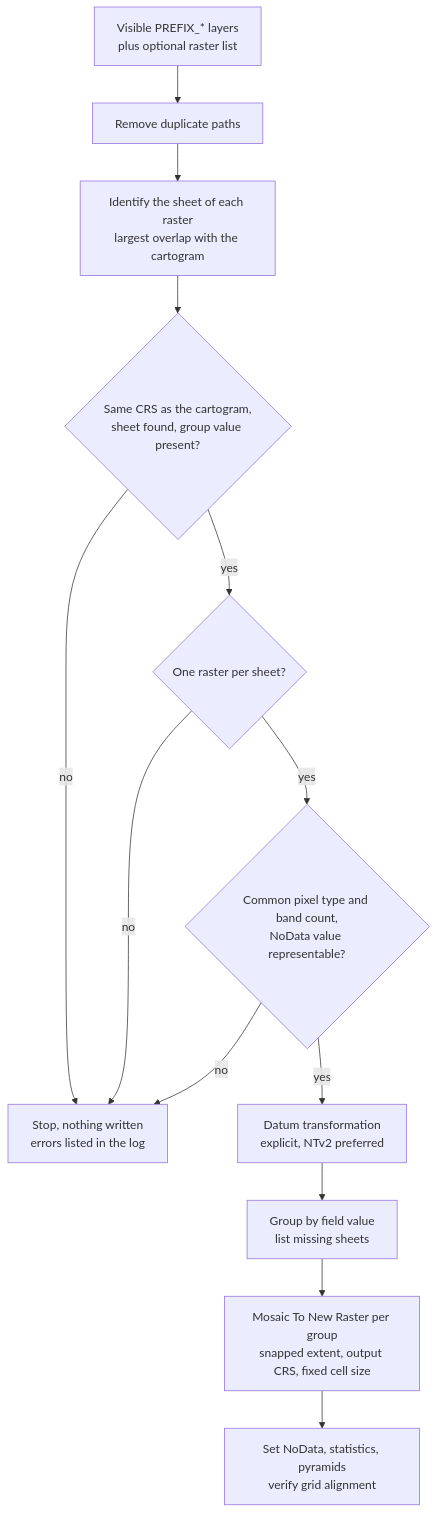
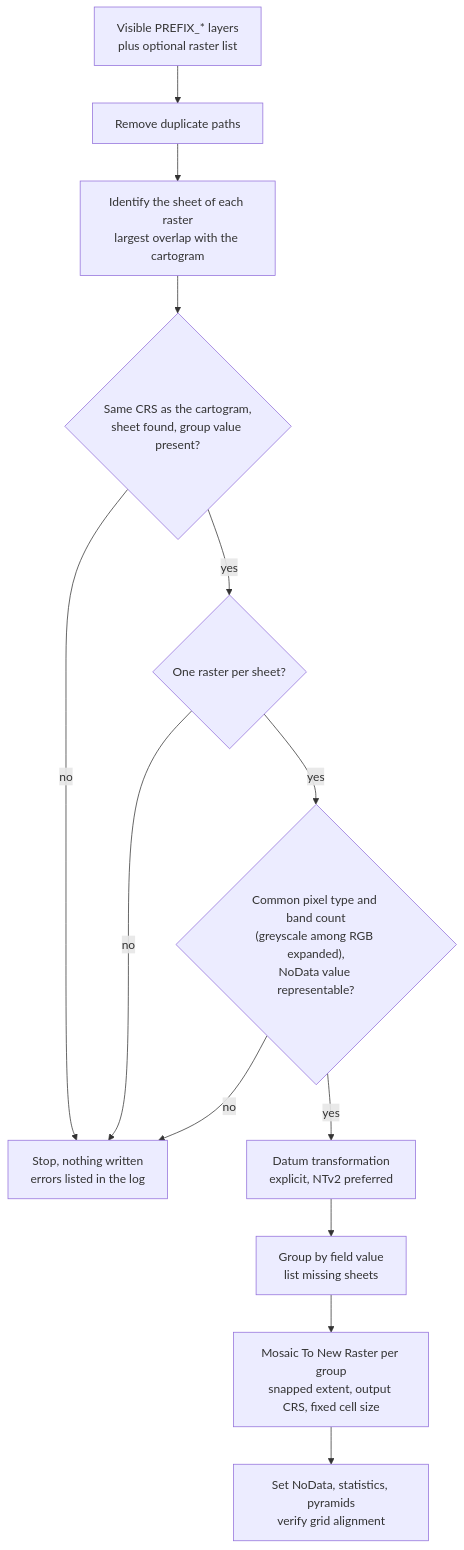
Before and after one commit to PedroMMGoncalves/mapsheet-mosaic-arcgis-tools: the second of 2 diagrams in README.md, drawn with Mermaid. The commit also changed other lines of this file and 4 other files, not shown here.

First line of the commit message:
Tool 2: expand single-band greyscale inputs among RGB inputs

````diff
--- a/README.md
+++ b/README.md
@@ -92,15 +92,15 @@
 ```mermaid
 flowchart TD
     IN["Visible PREFIX_* layers<br/>plus optional raster list"] --> DD["Remove duplicate paths"]
     DD --> ID["Identify the sheet of each raster<br/>largest overlap with the cartogram"]
     ID --> G1{"Same CRS as the cartogram,<br/>sheet found, group value present?"}
     G1 -- no --> STOP["Stop, nothing written<br/>errors listed in the log"]
     G1 -- yes --> G2{"One raster per sheet?"}
     G2 -- no --> STOP
-    G2 -- yes --> G3{"Common pixel type and band count,<br/>NoData value representable?"}
+    G2 -- yes --> G3{"Common pixel type and band count<br/>(greyscale among RGB expanded),<br/>NoData value representable?"}
     G3 -- no --> STOP
     G3 -- yes --> TR["Datum transformation<br/>explicit, NTv2 preferred"]
     TR --> GR["Group by field value<br/>list missing sheets"]
     GR --> M["Mosaic To New Raster per group<br/>snapped extent, output CRS, fixed cell size"]
     M --> P["Set NoData, statistics, pyramids<br/>verify grid alignment"]
 ```
````
